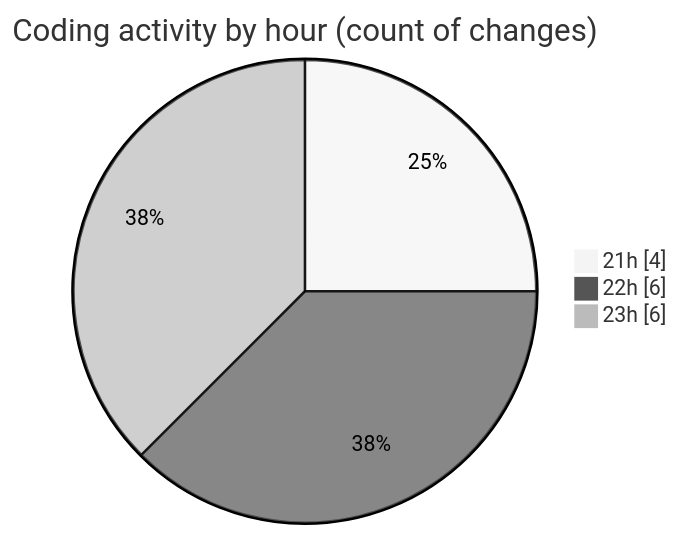
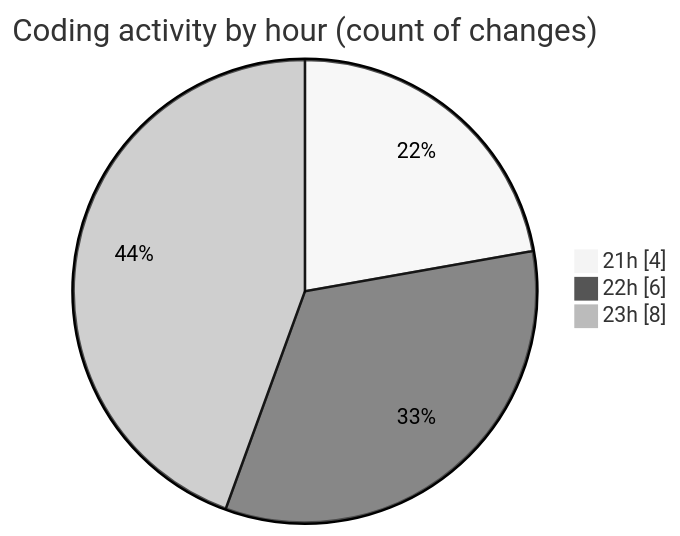
One commit to yexinjia/code-tracking changed the second of 2 diagrams in 2026-07-31/mono-test/README.md. Above: the diagram before and after it, drawn with Mermaid (neutral theme). The commit also changed other lines of this file and 1 other file, not shown here.

````diff
--- a/2026-07-31/mono-test/README.md
+++ b/2026-07-31/mono-test/README.md
@@ -30,7 +30,7 @@
 ```mermaid
 pie showData
 title Coding activity by hour (count of changes)
 "21h" : 4
 "22h" : 6
-"23h" : 6
+"23h" : 8
 ```
````
